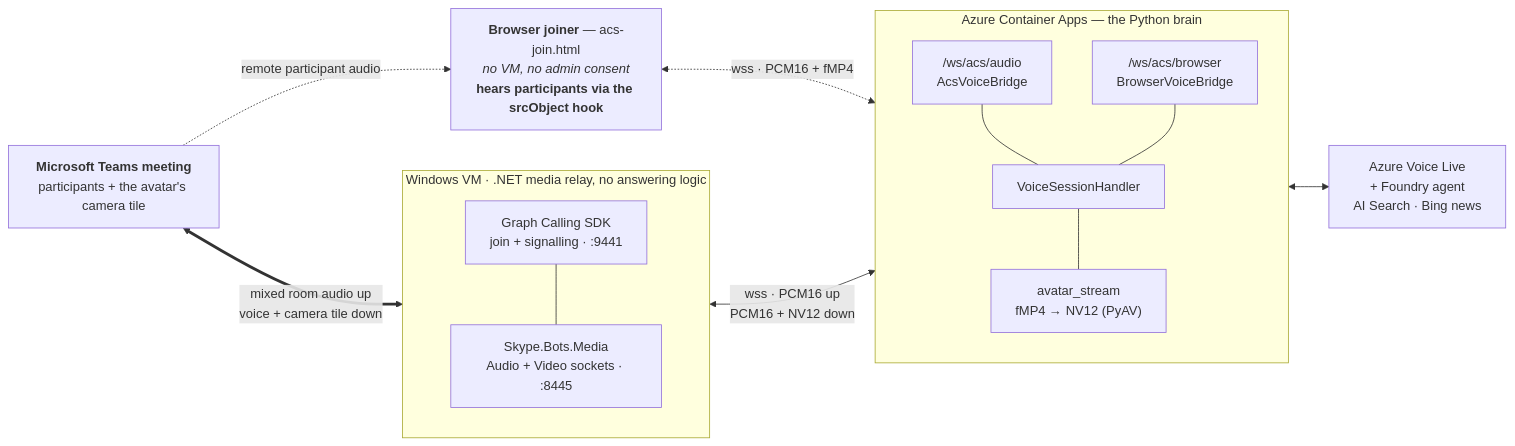
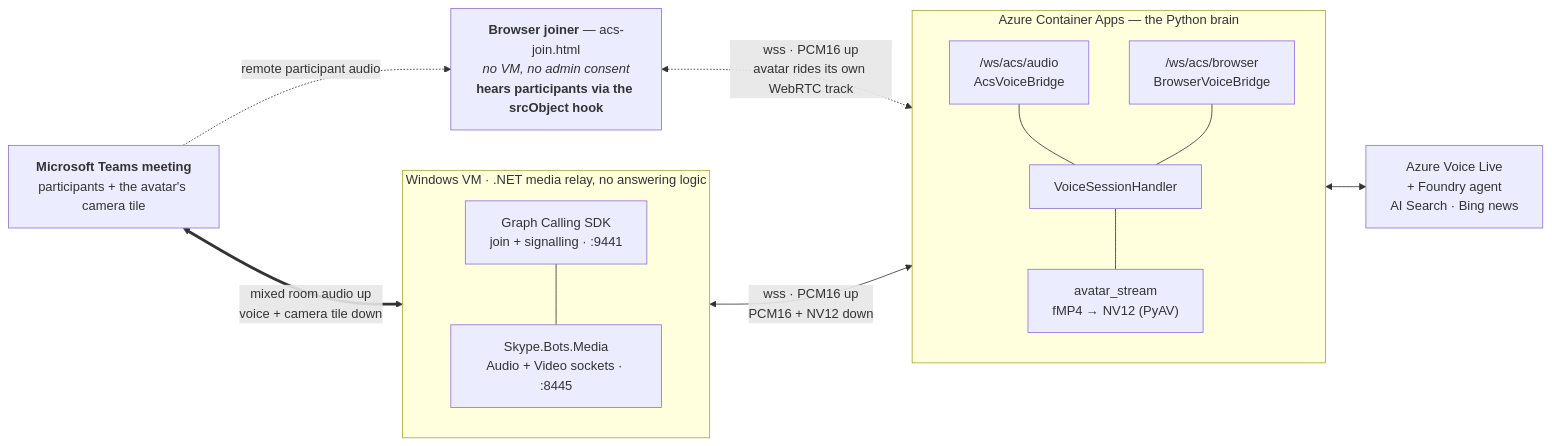
One commit to SridharArrabelly/avatar-forge changed the diagram in docs/channels/c-in-call-media-bot.md. Above: the diagram before and after it, drawn with Mermaid. The commit also changed 7 other files, not shown here.

First line of the commit message:
Run the web app's avatar transport in the meeting joiner

````diff
--- a/docs/channels/c-in-call-media-bot.md
+++ b/docs/channels/c-in-call-media-bot.md
@@ -32,32 +32,32 @@
 ```mermaid
 flowchart LR
     MT["<b>Microsoft Teams meeting</b><br/>participants + the avatar's camera tile"]
 
     subgraph VM["Windows VM · .NET media relay, no answering logic"]
         direction TB
         SIG["Graph Calling SDK<br/>join + signalling · :9441"]
         MED["Skype.Bots.Media<br/>Audio + Video sockets · :8445"]
         SIG --- MED
     end
 
     subgraph ACA["Azure Container Apps — the Python brain"]
         direction TB
         WSA["/ws/acs/audio<br/>AcsVoiceBridge"]
         WSB["/ws/acs/browser<br/>BrowserVoiceBridge"]
         VH["VoiceSessionHandler"]
         DEC["avatar_stream<br/>fMP4 → NV12 (PyAV)"]
         WSA --- VH
         WSB --- VH
         VH --- DEC
     end
 
     CORE["Azure Voice Live<br/>+ Foundry agent<br/>AI Search · Bing news"]
 
     MT <== "mixed room audio up<br/>voice + camera tile down" ==> MED
     MED <-- "wss · PCM16 up<br/>PCM16 + NV12 down" --> WSA
     VH <--> CORE
 
     BRJ["<b>Browser joiner</b> — acs-join.html<br/><i>no VM, no admin consent</i><br/><b>hears participants via the srcObject hook</b>"]
     MT -. "remote participant audio" .-> BRJ
-    BRJ <-. "wss · PCM16 + fMP4" .-> WSB
+    BRJ <-. "wss · PCM16 up<br/>avatar rides its own WebRTC track" .-> WSB
 ```
````
